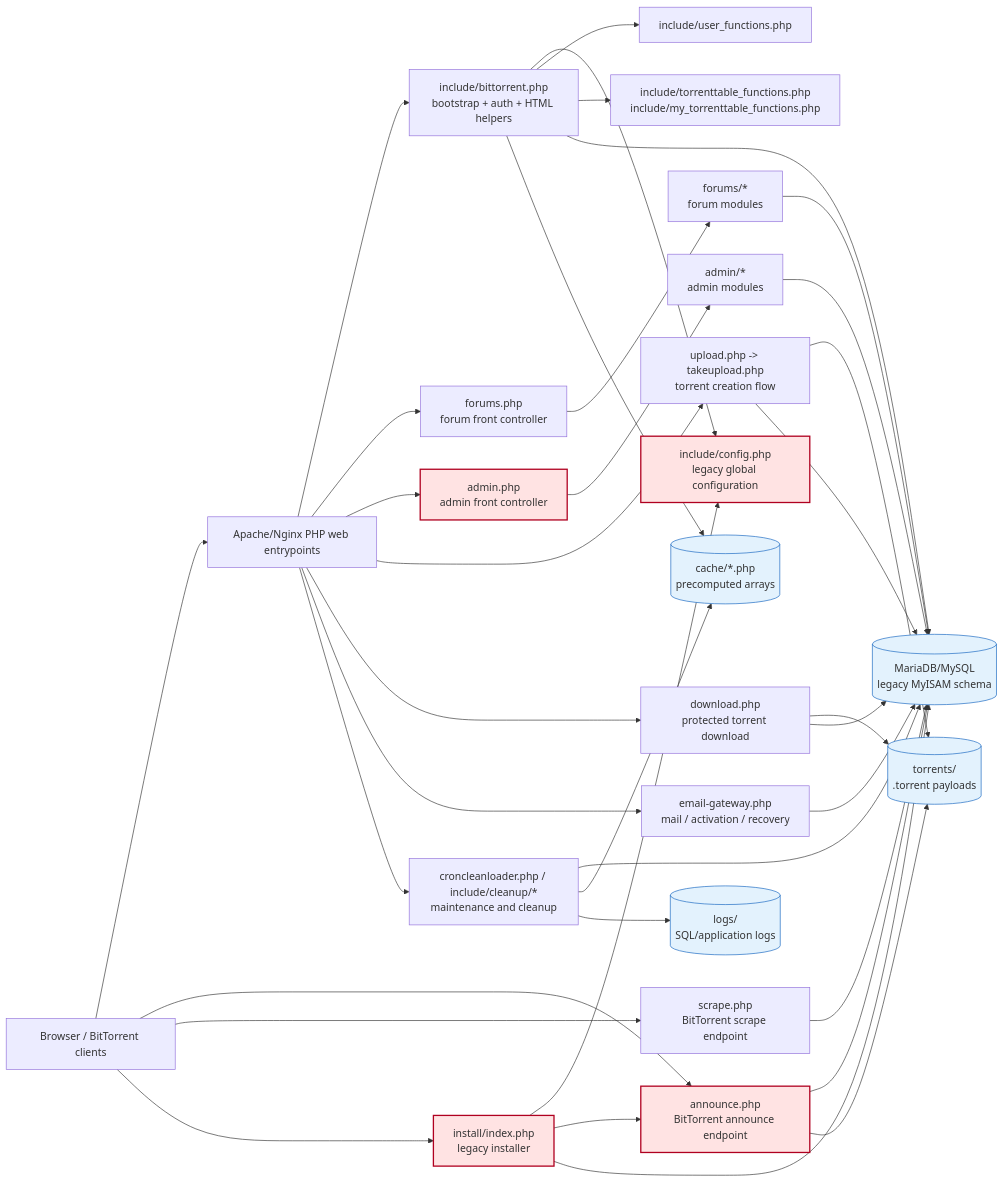
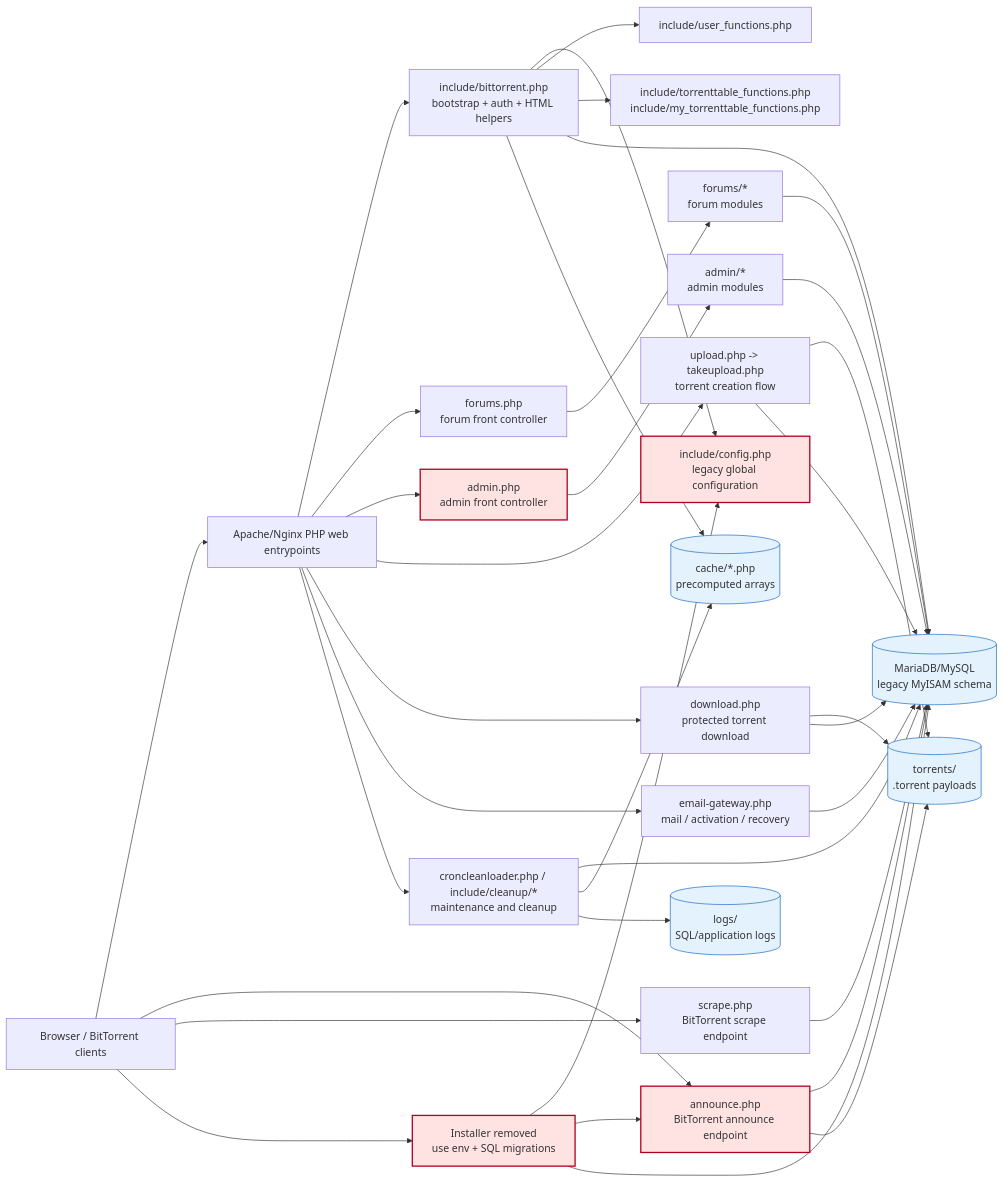
The diagram in docs/tbdev-architecture.mmd (kakadea/tbdev), drawn with Mermaid before and after one commit. The commit also changed 34 other files, not shown here.

```diff
--- a/docs/tbdev-architecture.mmd
+++ b/docs/tbdev-architecture.mmd
@@ -1,79 +1,79 @@
 flowchart LR
     Browser[Browser / BitTorrent clients]
     Web[Apache/Nginx PHP web entrypoints]
     Announce[announce.php
 BitTorrent announce endpoint]
     Scrape[scrape.php
 BitTorrent scrape endpoint]
     Bootstrap[include/bittorrent.php
 bootstrap + auth + HTML helpers]
     Config[include/config.php
 legacy global configuration]
     UserFns[include/user_functions.php]
     TorrentFns[include/torrenttable_functions.php
 include/my_torrenttable_functions.php]
     ForumRouter[forums.php
 forum front controller]
     ForumMods[forums/*
 forum modules]
     AdminRouter[admin.php
 admin front controller]
     AdminMods[admin/*
 admin modules]
     Upload[upload.php -> takeupload.php
 torrent creation flow]
     Download[download.php
 protected torrent download]
     Cleanup[croncleanloader.php / include/cleanup/*
 maintenance and cleanup]
-    Install[install/index.php
-legacy installer]
+    Install[Installer removed
+use env + SQL migrations]
     DB[(MariaDB/MySQL
 legacy MyISAM schema)]
     TorrentFiles[(torrents/
 .torrent payloads)]
     Cache[(cache/*.php
 precomputed arrays)]
     Logs[(logs/
 SQL/application logs)]
     Mail["email-gateway.php<br/>mail / activation / recovery"]
 
     Browser --> Web
     Web --> Bootstrap
     Bootstrap --> Config
     Bootstrap --> UserFns
     Bootstrap --> TorrentFns
     Bootstrap --> DB
     Bootstrap --> Cache
     Web --> ForumRouter
     ForumRouter --> ForumMods
     ForumMods --> DB
     Web --> AdminRouter
     AdminRouter --> AdminMods
     AdminMods --> DB
     Web --> Upload
     Upload --> TorrentFiles
     Upload --> DB
     Web --> Download
     Download --> TorrentFiles
     Download --> DB
     Web --> Mail
     Mail --> DB
     Browser --> Announce
     Browser --> Scrape
     Announce --> DB
     Scrape --> DB
     Announce --> TorrentFiles
     Web --> Cleanup
     Cleanup --> DB
     Cleanup --> Cache
     Cleanup --> Logs
     Browser --> Install
     Install --> Config
     Install --> Announce
     Install --> DB
 
     classDef critical fill:#ffe3e3,stroke:#b00020,stroke-width:2px;
     classDef data fill:#e3f2fd,stroke:#1565c0;
     class Announce,Install,AdminRouter,Config critical;
     class DB,TorrentFiles,Cache,Logs data;
```
